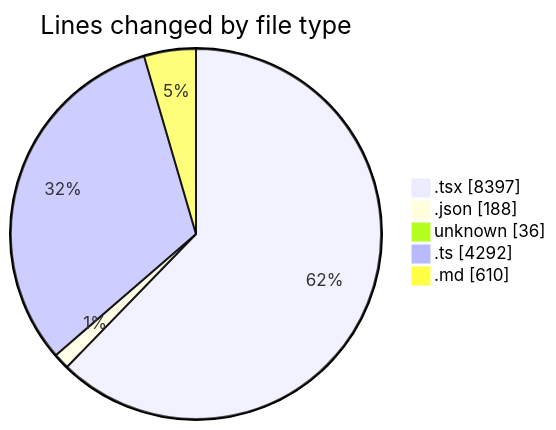
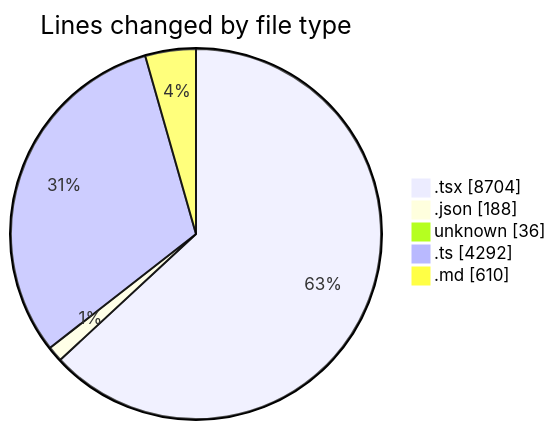
The first of 2 diagrams in 2025-01-03/tinycms/README.md (ernivani/code-tracking), drawn with Mermaid before and after one commit. The commit also changed other lines of this file and 5 other files, not shown here.

````diff
--- a/2025-01-03/tinycms/README.md
+++ b/2025-01-03/tinycms/README.md
@@ -64,9 +64,9 @@
 ```mermaid
 pie showData
 title Lines changed by file type
-".tsx" : 8397
+".tsx" : 8704
 ".json" : 188
 "unknown" : 36
 ".ts" : 4292
 ".md" : 610
 ```
````
